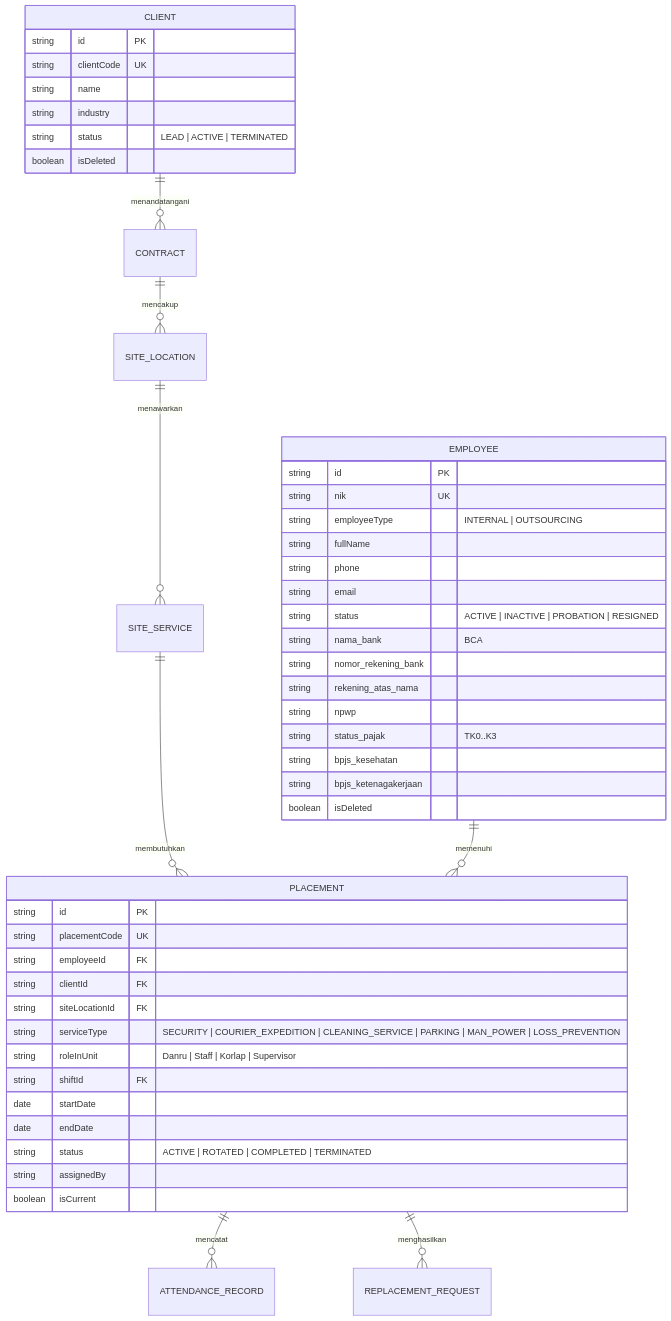
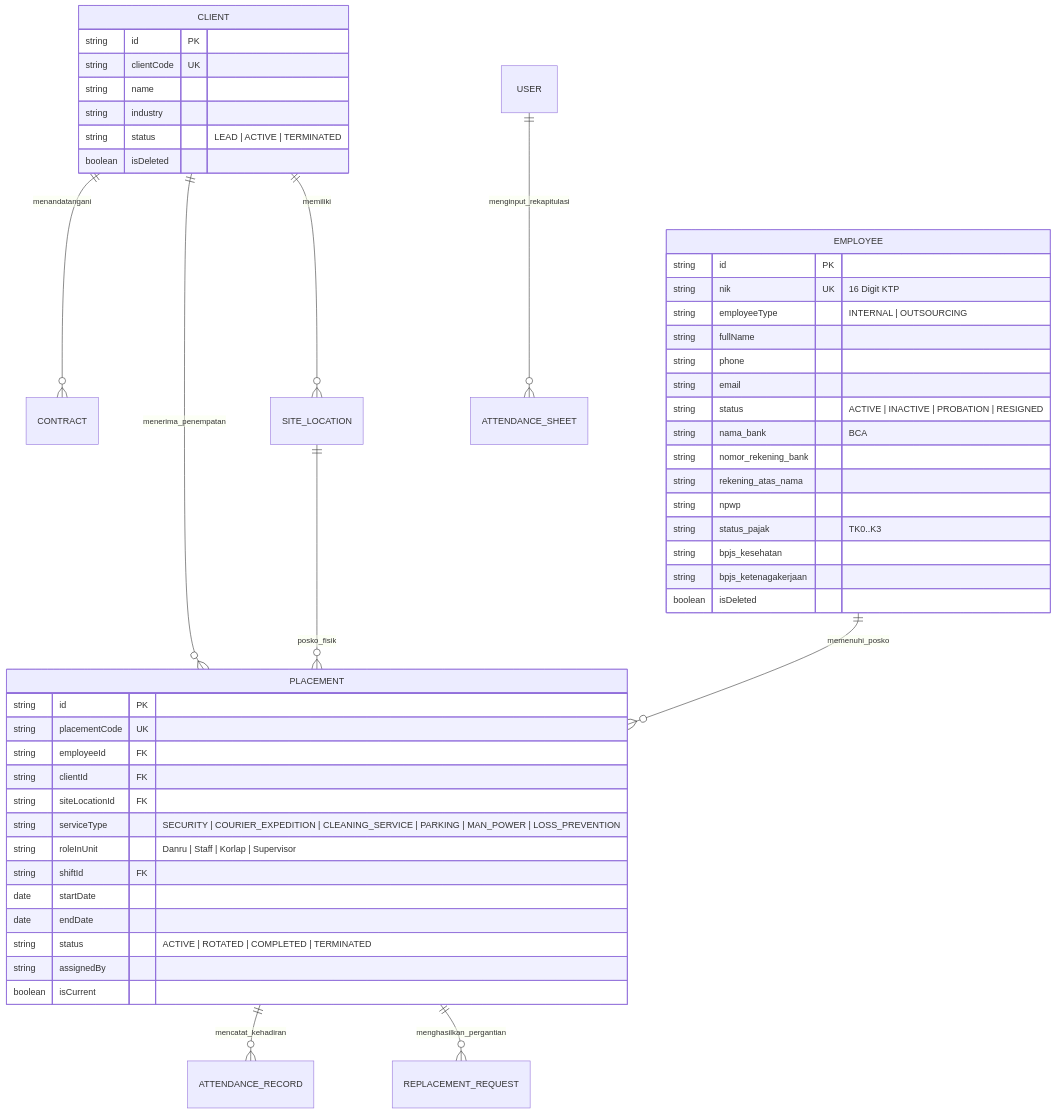
One commit to hidayatullah70/bimasenaadhirajasaradika_fe changed the diagram in docs/sot/01_FRONTEND_FINAL_ARCHITECTURE.md. Above: the diagram before and after it, drawn with Mermaid. The commit also changed other lines of this file and 13 other files, not shown here.

Commit message:
docs(sot): update all SOT specifications and AGENTS.md to v2.1 reflecting bulk import, client-location attendance sync, and user management

````diff
--- a/docs/sot/01_FRONTEND_FINAL_ARCHITECTURE.md
+++ b/docs/sot/01_FRONTEND_FINAL_ARCHITECTURE.md
@@ -53,53 +53,54 @@
 ```mermaid
 erDiagram
     CLIENT ||--o{ CONTRACT : menandatangani
-    CONTRACT ||--o{ SITE_LOCATION : mencakup
-    SITE_LOCATION ||--o{ SITE_SERVICE : menawarkan
-    SITE_SERVICE ||--o{ PLACEMENT : membutuhkan
-    EMPLOYEE ||--o{ PLACEMENT : memenuhi
-    PLACEMENT ||--o{ ATTENDANCE_RECORD : mencatat
-    PLACEMENT ||--o{ REPLACEMENT_REQUEST : menghasilkan
+    CLIENT ||--o{ SITE_LOCATION : memiliki
+    CLIENT ||--o{ PLACEMENT : menerima_penempatan
+    SITE_LOCATION ||--o{ PLACEMENT : posko_fisik
+    EMPLOYEE ||--o{ PLACEMENT : memenuhi_posko
+    PLACEMENT ||--o{ ATTENDANCE_RECORD : mencatat_kehadiran
+    PLACEMENT ||--o{ REPLACEMENT_REQUEST : menghasilkan_pergantian
+    USER ||--o{ ATTENDANCE_SHEET : menginput_rekapitulasi
 
     EMPLOYEE {
         string id PK
-        string nik UK
+        string nik UK "16 Digit KTP"
         string employeeType "INTERNAL | OUTSOURCING"
         string fullName
         string phone
         string email
         string status "ACTIVE | INACTIVE | PROBATION | RESIGNED"
         string nama_bank "BCA"
         string nomor_rekening_bank
         string rekening_atas_nama
         string npwp
         string status_pajak "TK0..K3"
         string bpjs_kesehatan
         string bpjs_ketenagakerjaan
         boolean isDeleted
     }
 
     PLACEMENT {
         string id PK
         string placementCode UK
         string employeeId FK
         string clientId FK
         string siteLocationId FK
         string serviceType "SECURITY | COURIER_EXPEDITION | CLEANING_SERVICE | PARKING | MAN_POWER | LOSS_PREVENTION"
         string roleInUnit "Danru | Staff | Korlap | Supervisor"
         string shiftId FK
         date startDate
         date endDate
         string status "ACTIVE | ROTATED | COMPLETED | TERMINATED"
         string assignedBy
         boolean isCurrent
     }
 
     CLIENT {
         string id PK
         string clientCode UK
         string name
         string industry
         string status "LEAD | ACTIVE | TERMINATED"
         boolean isDeleted
     }
 ```
````
